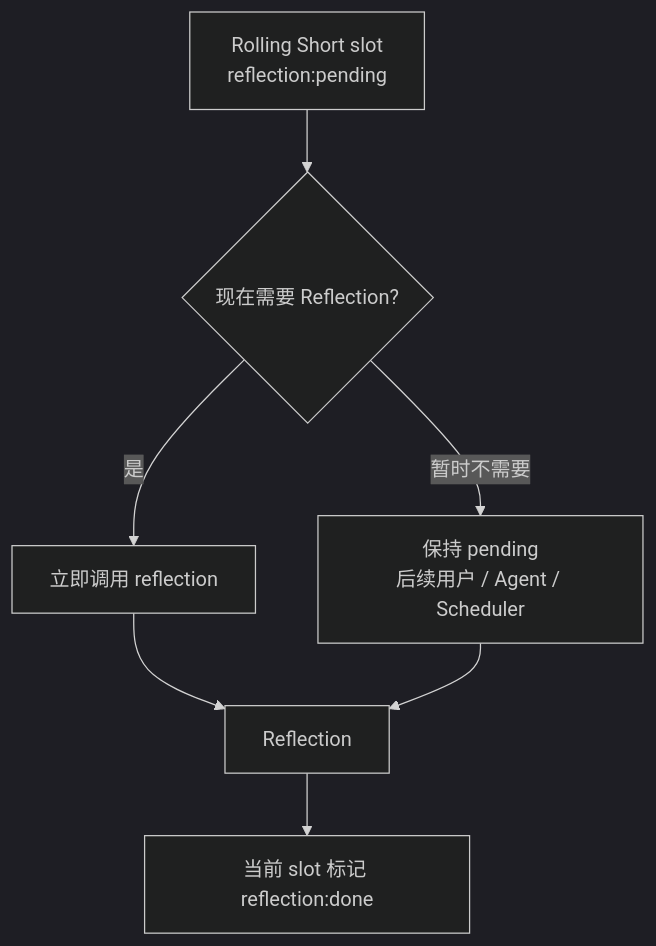
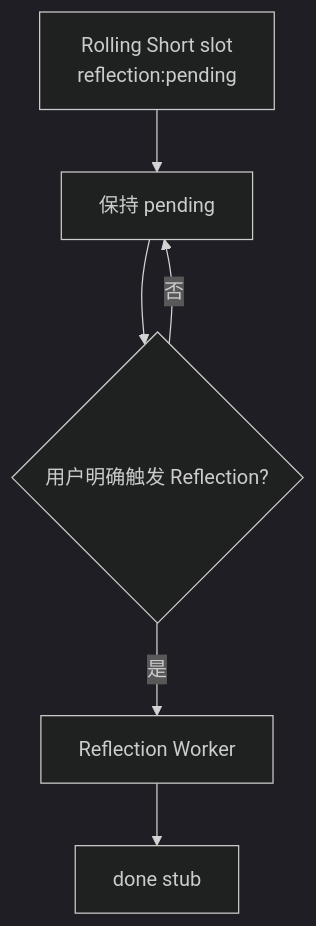
One commit to Ri0n72Y/agent-identity-cycle changed the second of 4 diagrams in docs/data-flow.md. Above: the diagram before and after it, drawn with Mermaid (dark theme). The commit also changed other lines of this file and 14 other files, not shown here.

````diff
--- a/docs/data-flow.md
+++ b/docs/data-flow.md
@@ -70,13 +67,12 @@
 ```mermaid
 flowchart TD
     S[Rolling Short slot\nreflection:pending]
-    J{现在需要 Reflection?}
-    I[立即调用 reflection]
-    D[保持 pending\n后续用户 / Agent / Scheduler]
-    R[Reflection]
-    X[当前 slot 标记 reflection:done]
+    P[保持 pending]
+    U{用户明确触发 Reflection?}
+    R[Reflection Worker]
+    X[done stub]
 
-    S --> J
-    J -->|是| I --> R --> X
-    J -->|暂时不需要| D --> R
+    S --> P --> U
+    U -->|否| P
+    U -->|是| R --> X
 ```
````
